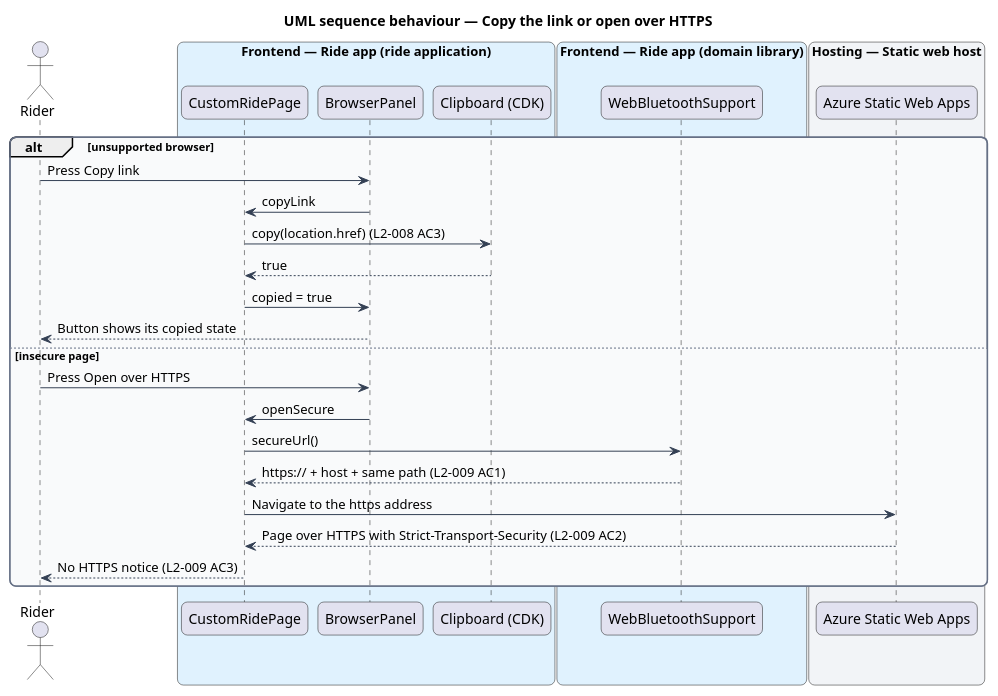
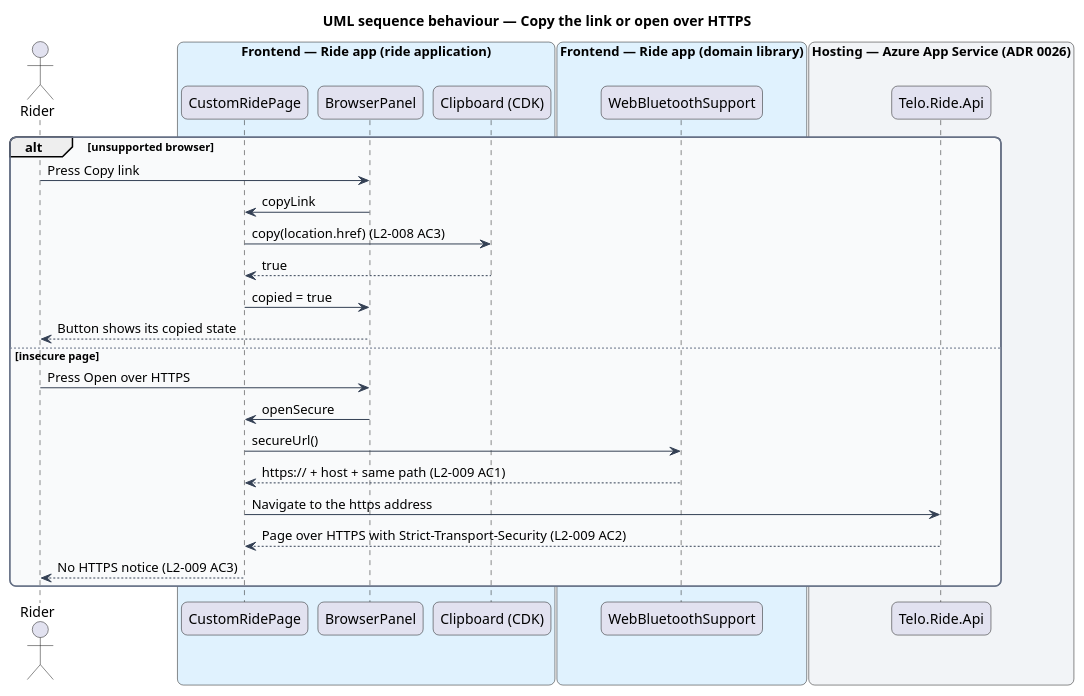
Before and after one commit to QuinntyneBrown/ride-one: the diagram in docs/detailed-designs/bike/check-bike-and-browser-support/diagrams/sequence-copy-link-or-open-https.puml, drawn with PlantUML. The commit also changed 17 other files, not shown here.

First line of the commit message:
Align browser support: Connect Bike's needs-https state and the API host

```diff
--- a/docs/detailed-designs/bike/check-bike-and-browser-support/diagrams/sequence-copy-link-or-open-https.puml
+++ b/docs/detailed-designs/bike/check-bike-and-browser-support/diagrams/sequence-copy-link-or-open-https.puml
@@ -1,45 +1,45 @@
 @startuml
 title UML sequence behaviour — Copy the link or open over HTTPS
 skinparam backgroundColor #FFFFFF
 skinparam shadowing false
 skinparam roundcorner 12
 skinparam defaultFontName Arial
 skinparam ArrowColor #344054
 skinparam rectangle {
   BorderColor #344054
   FontColor #101828
 }
 skinparam package {
   BorderColor #667085
   FontColor #101828
   BackgroundColor #F9FAFB
 }
 actor "Rider" as actor
 box "Frontend — Ride app (ride application)" #E0F2FE
   participant "CustomRidePage" as page
   participant "BrowserPanel" as panel
   participant "Clipboard (CDK)" as clip
 end box
 box "Frontend — Ride app (domain library)" #E0F2FE
   participant "WebBluetoothSupport" as support
 end box
-box "Hosting — Static web host" #F2F4F7
-  participant "Azure Static Web Apps" as host
+box "Hosting — Azure App Service (ADR 0026)" #F2F4F7
+  participant "Telo.Ride.Api" as host
 end box
 alt unsupported browser
   actor -> panel : Press Copy link
   panel -> page : copyLink
   page -> clip : copy(location.href) (L2-008 AC3)
   clip --> page : true
   page -> panel : copied = true
   panel --> actor : Button shows its copied state
 else insecure page
   actor -> panel : Press Open over HTTPS
   panel -> page : openSecure
   page -> support : secureUrl()
   support --> page : https:// + host + same path (L2-009 AC1)
   page -> host : Navigate to the https address
   host --> page : Page over HTTPS with Strict-Transport-Security (L2-009 AC2)
   page --> actor : No HTTPS notice (L2-009 AC3)
 end
 @enduml
```
